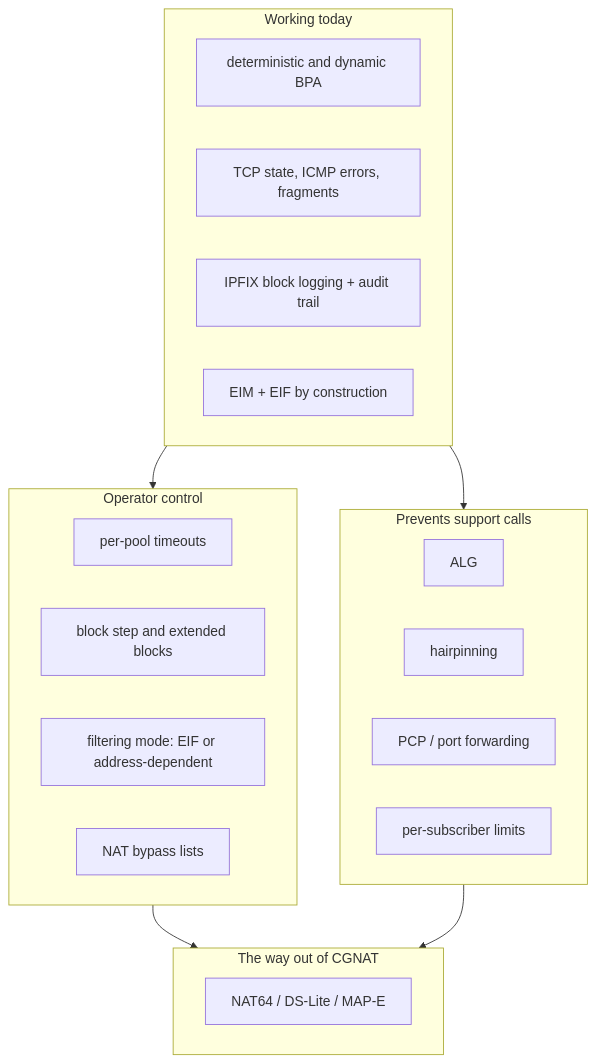
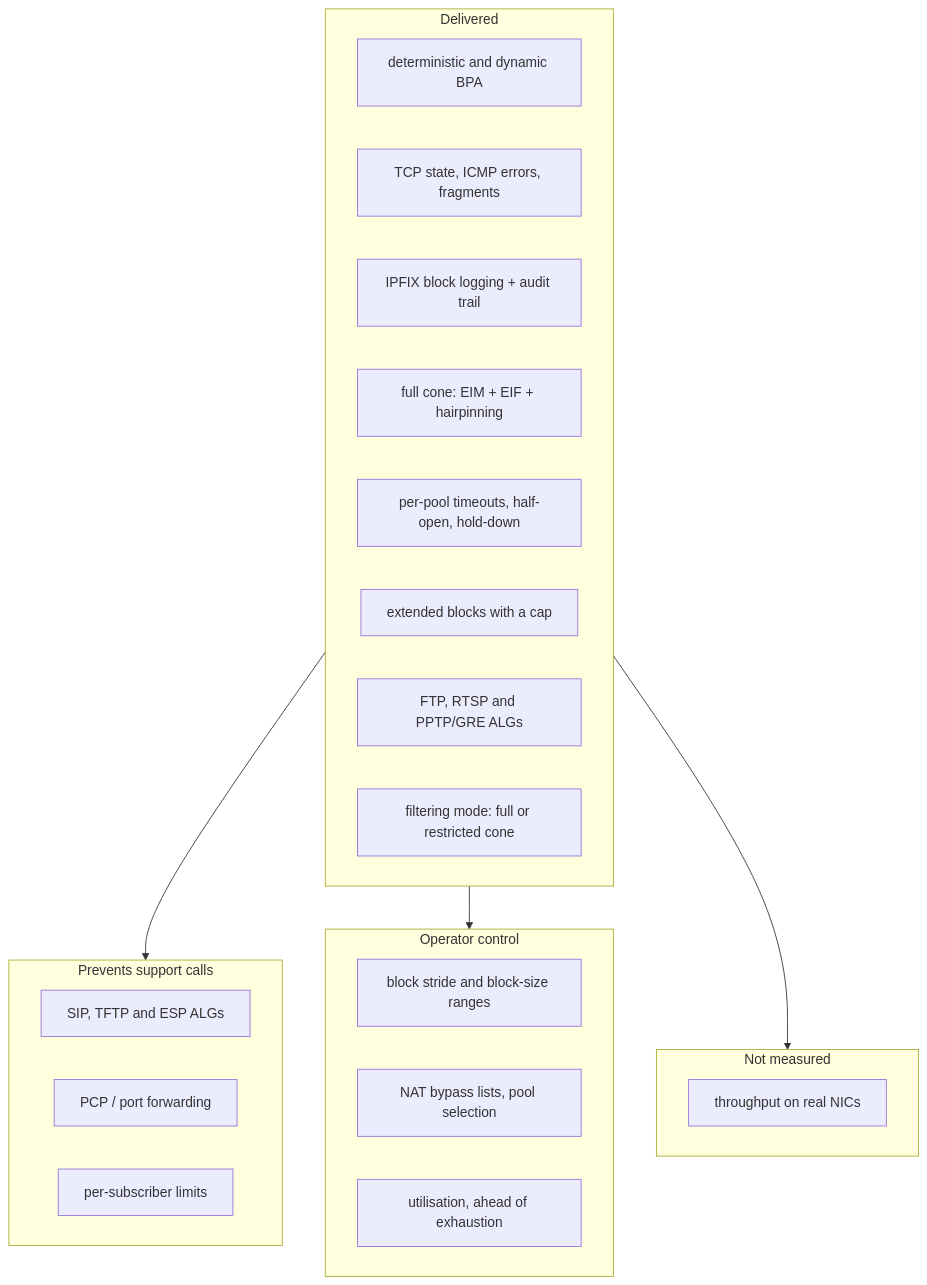
Before and after one commit to andrediashexa/prismarouting: the first of 2 diagrams in docs/roadmap.md, drawn with Mermaid. The commit also changed other lines of this file and 1 other file, not shown here.

````diff
--- a/docs/roadmap.md
+++ b/docs/roadmap.md
@@ -36,28 +42,29 @@
 ```mermaid
 flowchart TD
-    subgraph now["Working today"]
+    subgraph now["Delivered"]
         A["deterministic and dynamic BPA"]
         B["TCP state, ICMP errors, fragments"]
         C["IPFIX block logging + audit trail"]
-        D["EIM + EIF by construction"]
+        D["full cone: EIM + EIF + hairpinning"]
+        I["per-pool timeouts, half-open, hold-down"]
+        J["extended blocks with a cap"]
+        E["FTP, RTSP and PPTP/GRE ALGs"]
+        K["filtering mode: full or restricted cone"]
     end
     subgraph calls["Prevents support calls"]
-        E["ALG"]
-        F["hairpinning"]
+        E2["SIP, TFTP and ESP ALGs"]
         G["PCP / port forwarding"]
         H["per-subscriber limits"]
     end
     subgraph control["Operator control"]
-        I["per-pool timeouts"]
-        J["block step and extended blocks"]
-        K["filtering mode: EIF or address-dependent"]
-        L["NAT bypass lists"]
+        J2["block stride and block-size ranges"]
+        L["NAT bypass lists, pool selection"]
+        U["utilisation, ahead of exhaustion"]
     end
-    subgraph exit["The way out of CGNAT"]
-        M["NAT64 / DS-Lite / MAP-E"]
+    subgraph unknown["Not measured"]
+        P["throughput on real NICs"]
     end
     now --> calls
     now --> control
-    control --> exit
-    calls --> exit
+    now --> unknown
 ```
````
